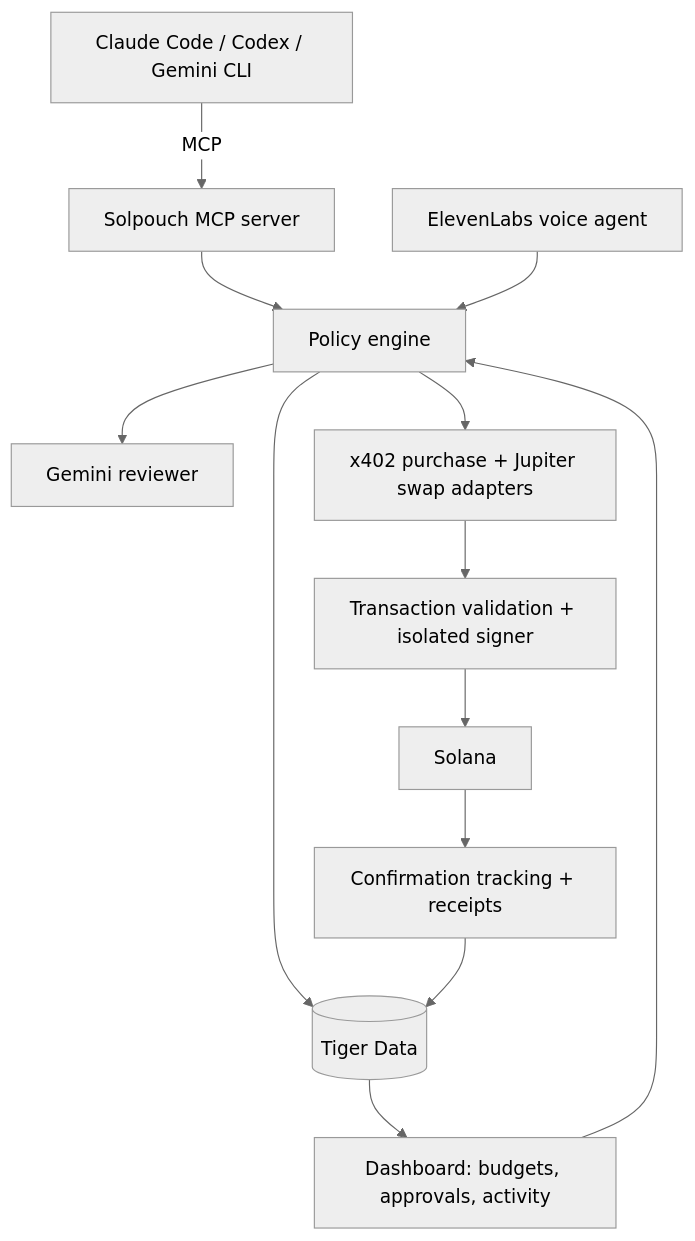
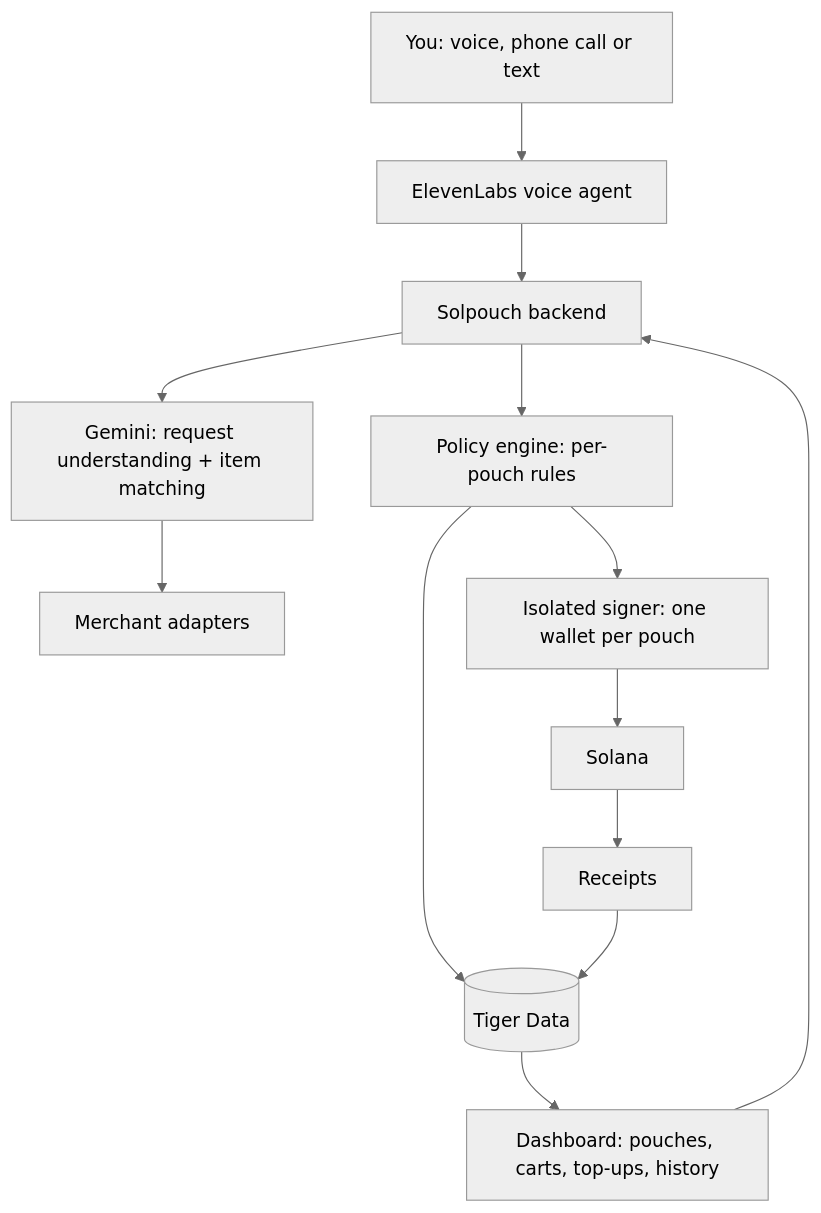
One commit to ChrissyAFK/Solpouch changed the diagram in README.md. Above: the diagram before and after it, drawn with Mermaid (neutral theme). The commit also changed other lines of this file, not shown here.

Commit message:
Rework README for budget pouches: per-pouch wallets, item verification, friction top-ups, students and trades

````diff
--- a/README.md
+++ b/README.md
@@ -38,15 +50,15 @@
 ```mermaid
 flowchart TD
-    A[Claude Code / Codex / Gemini CLI] -->|MCP| B[Solpouch MCP server]
-    B --> C[Policy engine]
-    V[ElevenLabs voice agent] --> C
-    D[Dashboard: budgets, approvals, activity] --> C
-    C --> R[Gemini reviewer]
-    C --> T[(Tiger Data)]
-    C --> E[x402 purchase + Jupiter swap adapters]
-    E --> F[Transaction validation + isolated signer]
-    F --> G[Solana]
-    G --> H[Confirmation tracking + receipts]
-    H --> T
+    U[You: voice, phone call or text] --> V[ElevenLabs voice agent]
+    V --> B[Solpouch backend]
+    D[Dashboard: pouches, carts, top-ups, history] --> B
+    B --> G[Gemini: request understanding + item matching]
+    G --> M[Merchant adapters]
+    B --> P[Policy engine: per-pouch rules]
+    P --> T[(Tiger Data)]
+    P --> S[Isolated signer: one wallet per pouch]
+    S --> SOL[Solana]
+    SOL --> R[Receipts]
+    R --> T
     T --> D
 ```
````
